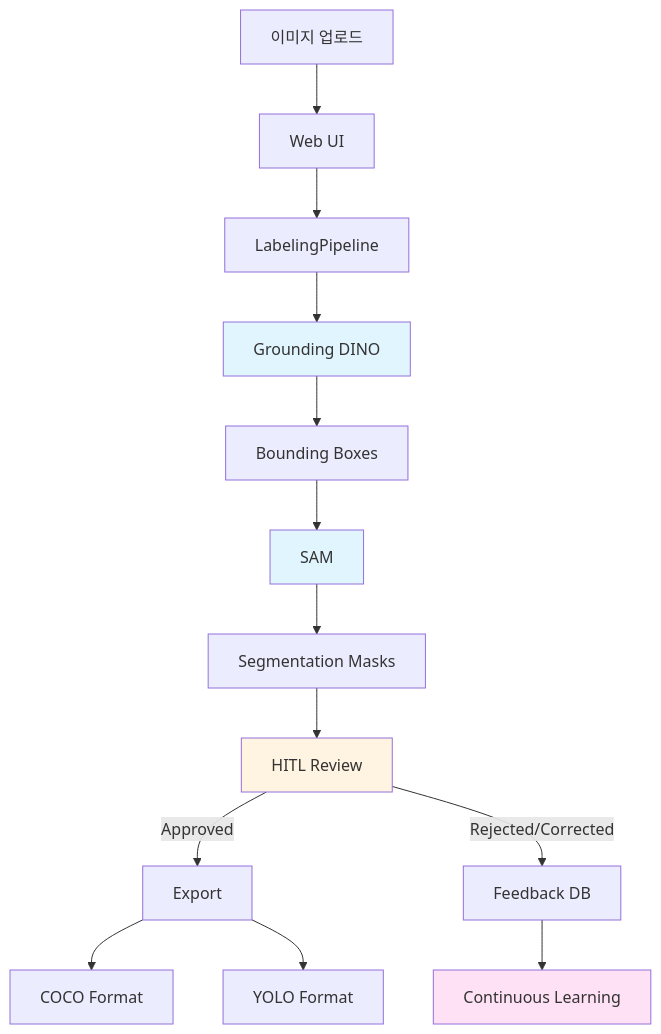
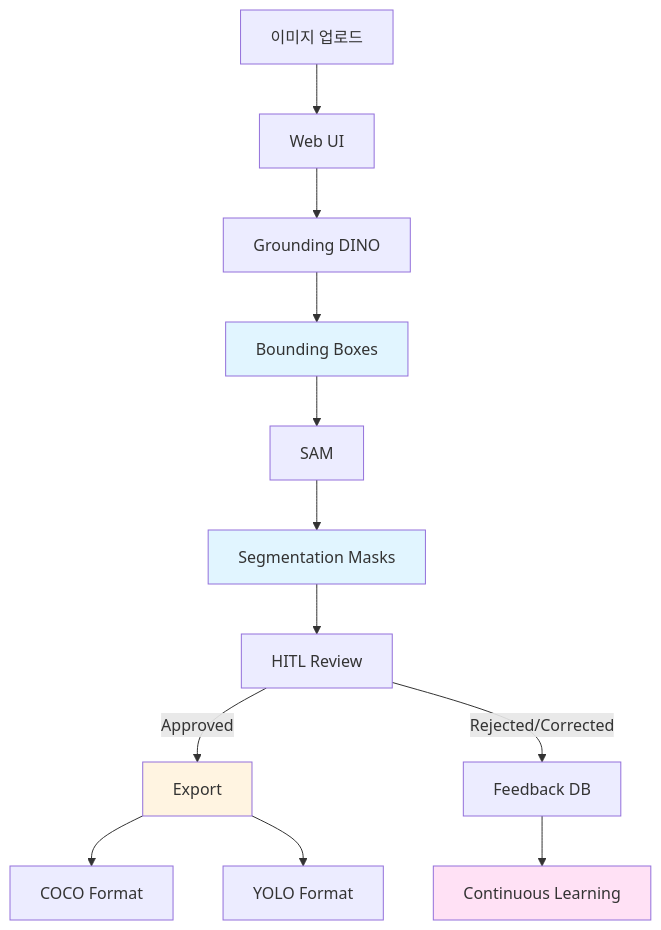
One commit to yong-again/labeling-agent changed the diagram in README.md. Above: the diagram before and after it, drawn with Mermaid. The commit also changed 5 other files, not shown here.

````diff
--- a/README.md
+++ b/README.md
@@ -17,20 +17,19 @@
 ```mermaid
 graph TD
     A[이미지 업로드] --> B[Web UI]
-    B --> C[LabelingPipeline]
-    C --> D[Grounding DINO]
-    D --> E[Bounding Boxes]
-    E --> F[SAM]
-    F --> G[Segmentation Masks]
-    G --> H[HITL Review]
-    H -->|Approved| I[Export]
-    H -->|Rejected/Corrected| J[Feedback DB]
+    B --> C[Grounding DINO]
+    C --> D[Bounding Boxes]
+    D --> E[SAM]
+    E --> F[Segmentation Masks]
+    F --> G[HITL Review]
+    G -->|Approved| H[Export]
+    G -->|Rejected/Corrected| J[Feedback DB]
     J --> K[Continuous Learning]
-    I --> L[COCO Format]
-    I --> M[YOLO Format]
+    H --> L[COCO Format]
+    H --> M[YOLO Format]
     
     style D fill:#e1f5ff
     style F fill:#e1f5ff
     style H fill:#fff4e1
     style K fill:#ffe1f5
 ```
````
